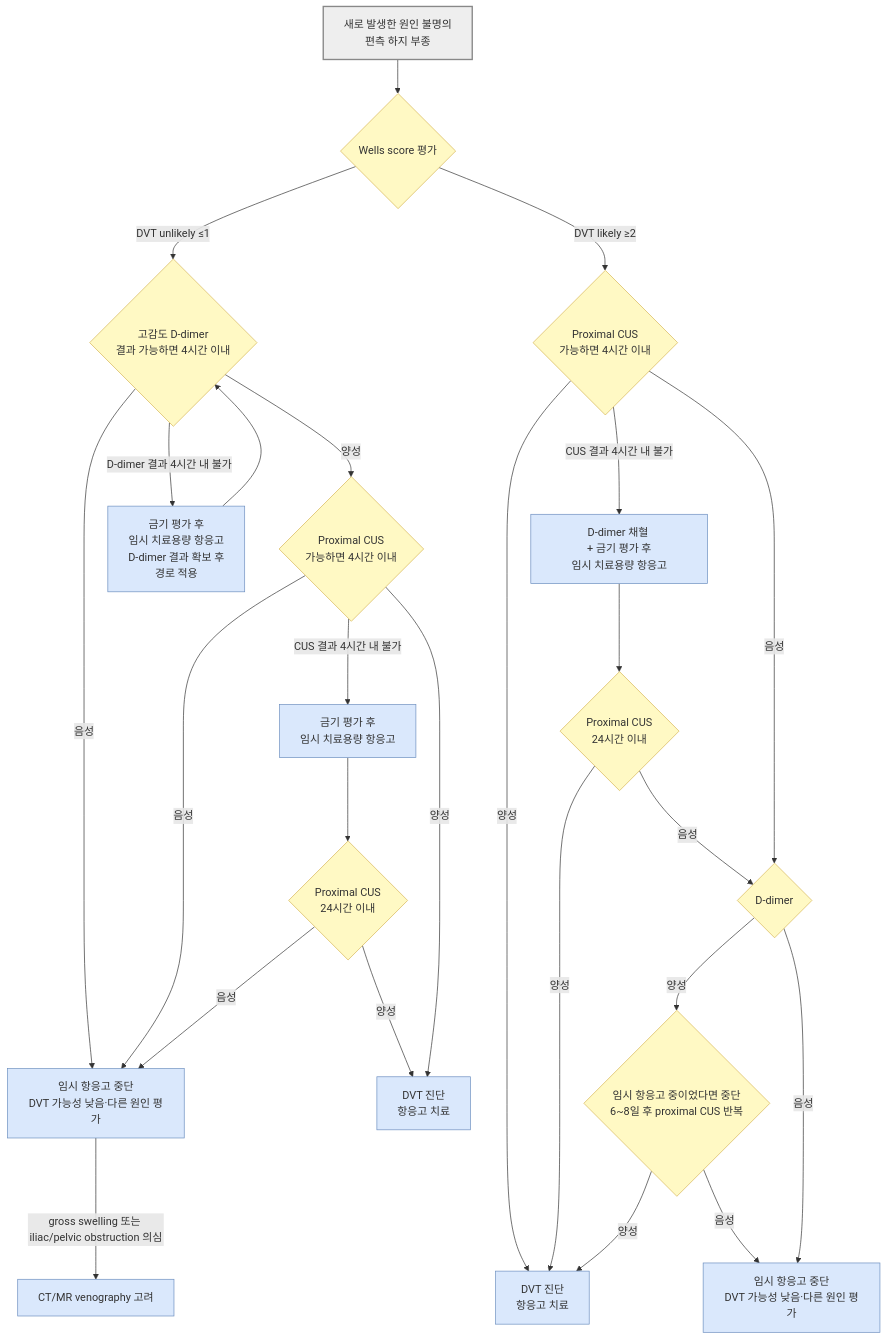
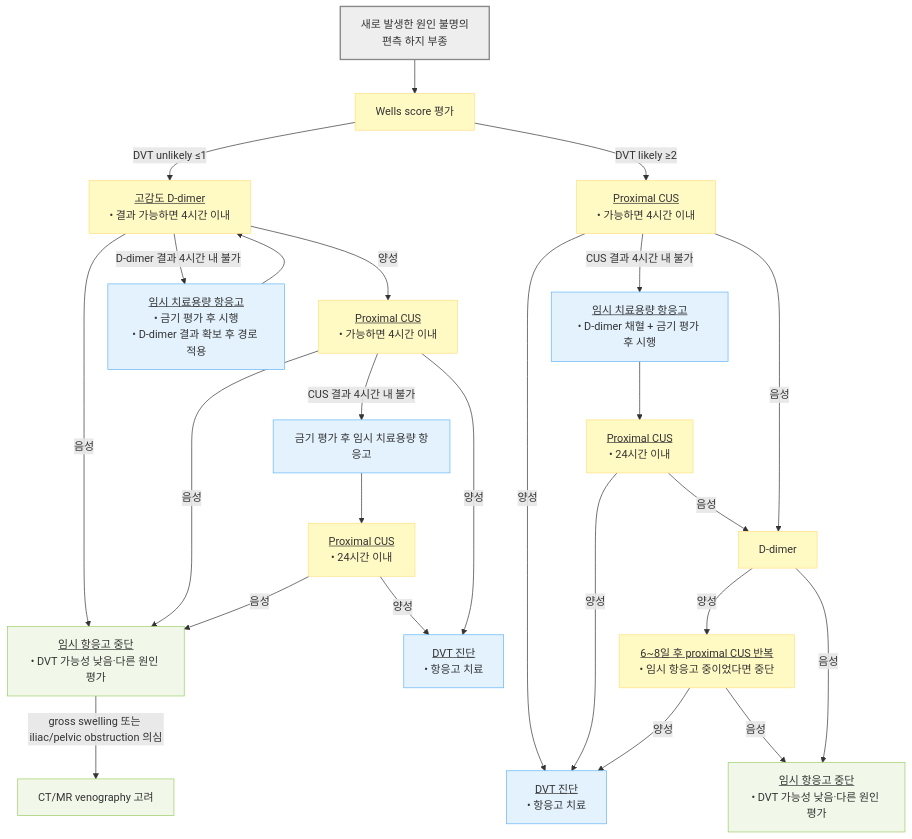
The first of 4 diagrams in 220_/012_-edema.md (familyoh77/familyoh77), drawn with Mermaid before and after one commit. The commit also changed other lines of this file and 13 other files, not shown here.

````diff
--- a/220_/012_-edema.md
+++ b/220_/012_-edema.md
@@ -195,50 +195,36 @@
 ```mermaid
 flowchart TD
-SG1["`새로 발생한 원인 불명의
-편측 하지 부종`"] --> B{"Wells score 평가"}
-        B -- "DVT unlikely ≤1" --> C{"`고감도 D-dimer
-결과 가능하면 4시간 이내`"}
-        C -- "음성" --> E["`임시 항응고 중단
-DVT 가능성 낮음·다른 원인 평가`"]
-        C -- "양성" --> D1{"`Proximal CUS
-가능하면 4시간 이내`"}
-        C -- "D-dimer 결과 4시간 내 불가" --> I1["`금기 평가 후 
-임시 치료용량 항응고
-D-dimer 결과 확보 후 
-경로 적용`"]
-        I1 --> C
-        B -- "DVT likely ≥2" --> D2{"`Proximal CUS
-가능하면 4시간 이내`"}
-        D1 -- "음성" --> E
-        D1 -- "CUS 결과 4시간 내 불가" --> I3["`금기 평가 후 
-임시 치료용량 항응고`"]
-        I3 --> D4{"`Proximal CUS
-24시간 이내`"}
-        D4 -- "양성" --> G0
-        D4 -- "음성" --> E
-        D1 -- "양성" --> G0["`DVT 진단
-항응고 치료`"]
-        D2 -- "양성" --> G["`DVT 진단
-항응고 치료`"]
-        D2 -- "CUS 결과 4시간 내 불가" --> I2["`D-dimer 채혈 
-+ 금기 평가 후
-임시 치료용량 항응고`"]
-        I2 --> D3{"`Proximal CUS
-24시간 이내`"}
-        D3 -- "양성" --> G
-        D3 -- "음성" --> DD{"D-dimer"}
-        D2 -- "음성" --> DD
-        DD -- "양성" --> R{"`임시 항응고 중이었다면 중단
-6~8일 후 proximal CUS 반복`"}
-        R -- "양성" --> G
-        R -- "음성" --> E0
-        E -- "gross swelling 또는 iliac/pelvic obstruction 의심" --> H["CT/MR venography 고려"]
-        DD -- "음성" --> E0["`임시 항응고 중단
-DVT 가능성 낮음·다른 원인 평가`"]
-    classDef start fill:#eee,stroke:#888,stroke-width:2px
-    classDef decision fill:#fff9c4,stroke:#d6b656
-    classDef treatment fill:#dae8fc,stroke:#6c8ebf
-    class SG1,B,C,E,D1,I1,D2,I3,D4,G0,G,I2,D3,DD,R,H,E0 treatment
+    SG1["새로 발생한 원인 불명의<br/>편측 하지 부종"] --> B["Wells score 평가"]
+    B -- "DVT unlikely ≤1" --> C["<u>고감도 D-dimer</u><br/>• 결과 가능하면 4시간 이내"]
+    C -- "음성" --> E["<u>임시 항응고 중단</u><br/>• DVT 가능성 낮음·다른 원인 평가"]
+    C -- "양성" --> D1["<u>Proximal CUS</u><br/>• 가능하면 4시간 이내"]
+    C -- "D-dimer 결과 4시간 내 불가" --> I1["<u>임시 치료용량 항응고</u><br/>• 금기 평가 후 시행<br/>• D-dimer 결과 확보 후 경로 적용"]
+    I1 --> C
+    B -- "DVT likely ≥2" --> D2["<u>Proximal CUS</u><br/>• 가능하면 4시간 이내"]
+    D1 -- "음성" --> E
+    D1 -- "CUS 결과 4시간 내 불가" --> I3["금기 평가 후 임시 치료용량 항응고"]
+    I3 --> D4["<u>Proximal CUS</u><br/>• 24시간 이내"]
+    D4 -- "양성" --> G0
+    D4 -- "음성" --> E
+    D1 -- "양성" --> G0["<u>DVT 진단</u><br/>• 항응고 치료"]
+    D2 -- "양성" --> G["<u>DVT 진단</u><br/>• 항응고 치료"]
+    D2 -- "CUS 결과 4시간 내 불가" --> I2["<u>임시 치료용량 항응고</u><br/>• D-dimer 채혈 + 금기 평가 후 시행"]
+    I2 --> D3["<u>Proximal CUS</u><br/>• 24시간 이내"]
+    D3 -- "양성" --> G
+    D3 -- "음성" --> DD["D-dimer"]
+    D2 -- "음성" --> DD
+    DD -- "양성" --> R["<u>6~8일 후 proximal CUS 반복</u><br/>• 임시 항응고 중이었다면 중단"]
+    R -- "양성" --> G
+    R -- "음성" --> E0
+    E -- "gross swelling 또는 iliac/pelvic obstruction 의심" --> H["CT/MR venography 고려"]
+    DD -- "음성" --> E0["<u>임시 항응고 중단</u><br/>• DVT 가능성 낮음·다른 원인 평가"]
+
+    classDef start fill:#eeeeee,stroke:#888888,stroke-width:2px
+    classDef question fill:#fff9c4,stroke:#ffe082
+    classDef evaluation fill:#f1f8e9,stroke:#9ccc65
+    classDef treatment fill:#e3f2fd,stroke:#64b5f6
     class SG1 start
-    class B,C,D1,D2,D3,D4,DD,R decision
+    class B,C,D1,D2,D3,D4,DD,R question
+    class E,H,E0 evaluation
+    class I1,I2,I3,G0,G treatment
 ```
````
